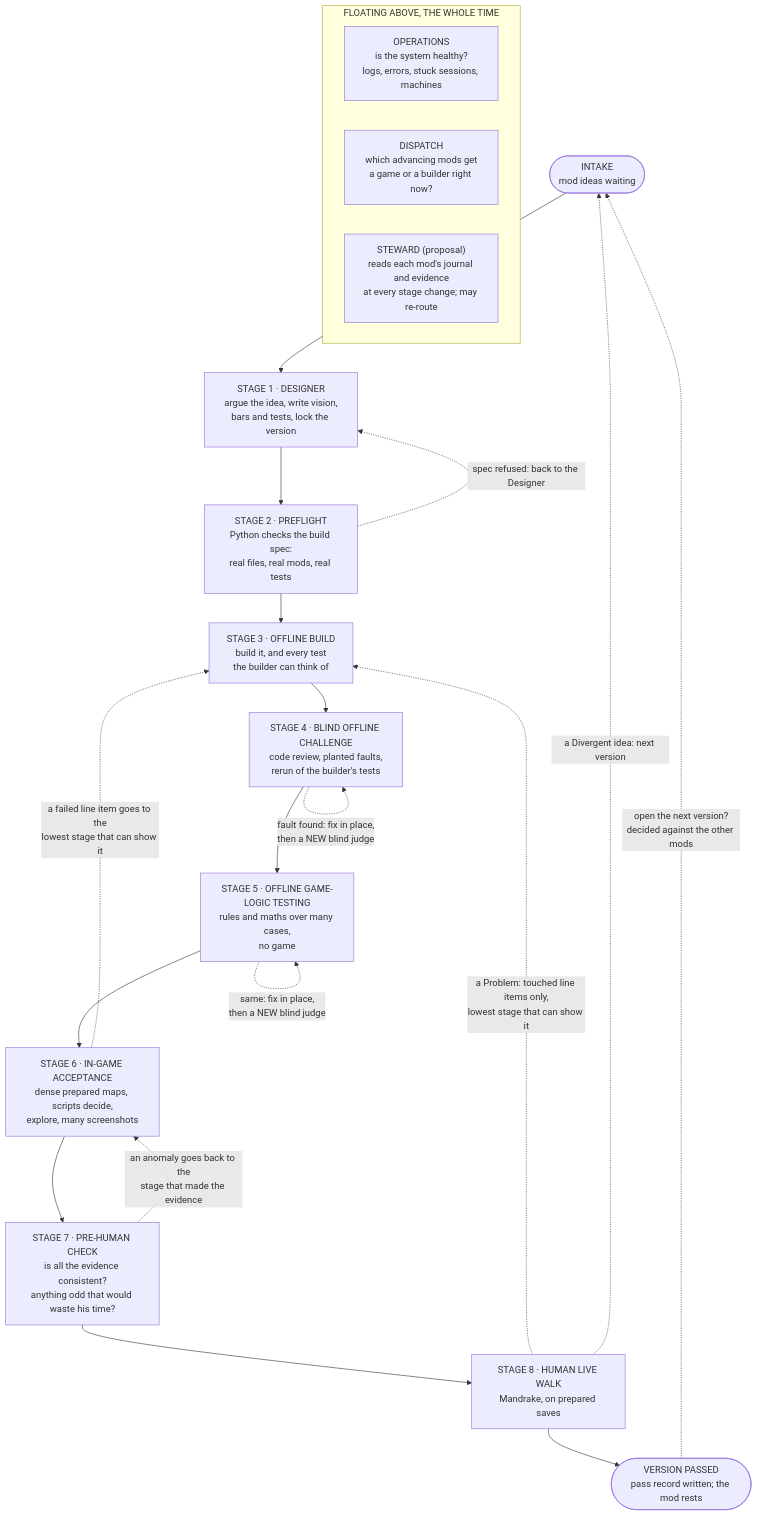
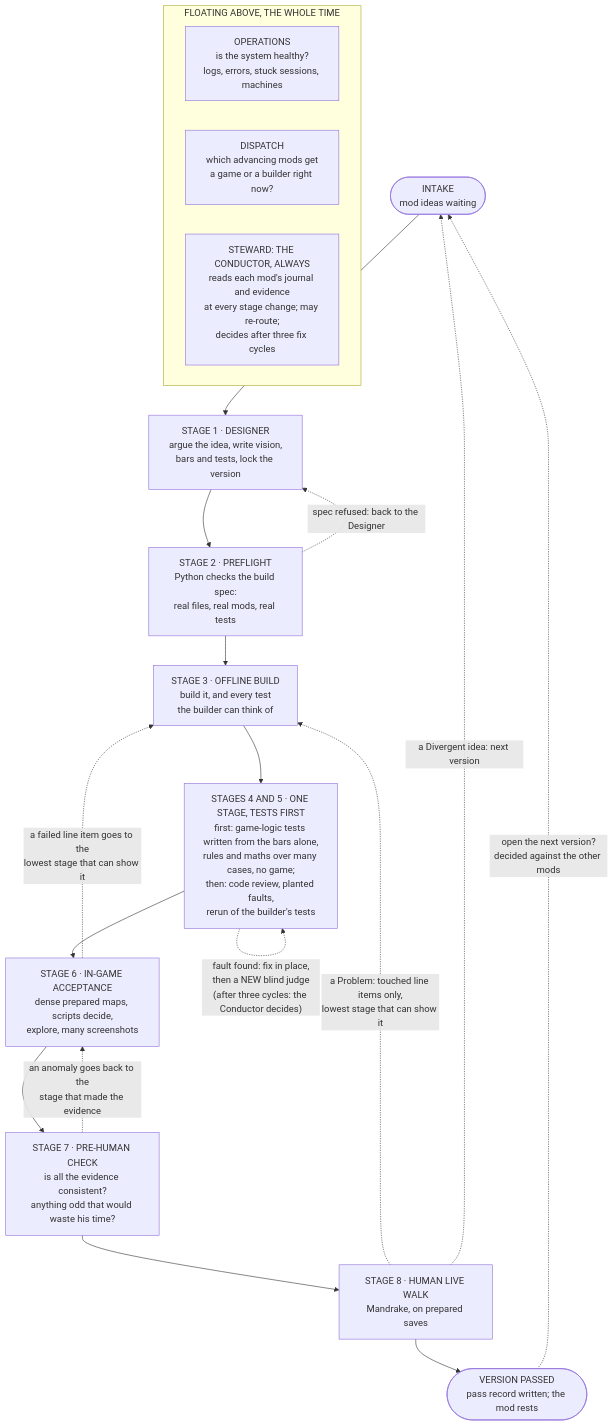
Before and after one commit to Lmandrake/RimMandrake: the diagram in design/specs/2026-11-13-maturation-pipeline.md, drawn with Mermaid. The commit also changed other lines of this file and 15 other files, not shown here.

First line of the commit message:
Maturation Pipeline: his six answers (Q1-6) propagated; Pyrelands one mod, Tribes are 0.2.0; EK version locked

````diff
--- a/design/specs/2026-11-13-maturation-pipeline.md
+++ b/design/specs/2026-11-13-maturation-pipeline.md
@@ -77,32 +77,30 @@
 ```mermaid
 flowchart TD
     subgraph ABOVE["FLOATING ABOVE, THE WHOLE TIME"]
         direction LR
         OPS["OPERATIONS<br/>is the system healthy?<br/>logs, errors, stuck sessions, machines"]
         DIS["DISPATCH<br/>which advancing mods get<br/>a game or a builder right now?"]
-        STW["STEWARD (proposal)<br/>reads each mod's journal and evidence<br/>at every stage change; may re-route"]
+        STW["STEWARD: THE CONDUCTOR, ALWAYS<br/>reads each mod's journal and evidence<br/>at every stage change; may re-route;<br/>decides after three fix cycles"]
     end
 
     IN(["INTAKE<br/>mod ideas waiting"])
     S1["STAGE 1 · DESIGNER<br/>argue the idea, write vision,<br/>bars and tests, lock the version"]
     S2["STAGE 2 · PREFLIGHT<br/>Python checks the build spec:<br/>real files, real mods, real tests"]
     S3["STAGE 3 · OFFLINE BUILD<br/>build it, and every test<br/>the builder can think of"]
-    S4["STAGE 4 · BLIND OFFLINE CHALLENGE<br/>code review, planted faults,<br/>rerun of the builder's tests"]
-    S5["STAGE 5 · OFFLINE GAME-LOGIC TESTING<br/>rules and maths over many cases,<br/>no game"]
+    S4["STAGES 4 AND 5 · ONE STAGE, TESTS FIRST<br/>first: game-logic tests written from the bars alone,<br/>rules and maths over many cases, no game;<br/>then: code review, planted faults,<br/>rerun of the builder's tests"]
     S6["STAGE 6 · IN-GAME ACCEPTANCE<br/>dense prepared maps, scripts decide,<br/>explore, many screenshots"]
     S7["STAGE 7 · PRE-HUMAN CHECK<br/>is all the evidence consistent?<br/>anything odd that would waste his time?"]
     S8["STAGE 8 · HUMAN LIVE WALK<br/>Mandrake, on prepared saves"]
     PASS(["VERSION PASSED<br/>pass record written; the mod rests"])
 
-    IN --> S1 --> S2 --> S3 --> S4 --> S5 --> S6 --> S7 --> S8 --> PASS
+    IN --> S1 --> S2 --> S3 --> S4 --> S6 --> S7 --> S8 --> PASS
 
     S2 -. "spec refused: back to the Designer" .-> S1
-    S4 -. "fault found: fix in place,<br/>then a NEW blind judge" .-> S4
-    S5 -. "same: fix in place,<br/>then a NEW blind judge" .-> S5
+    S4 -. "fault found: fix in place,<br/>then a NEW blind judge<br/>(after three cycles: the Conductor decides)" .-> S4
     S6 -. "a failed line item goes to the<br/>lowest stage that can show it" .-> S3
     S7 -. "an anomaly goes back to the<br/>stage that made the evidence" .-> S6
     S8 -. "a Problem: touched line items only,<br/>lowest stage that can show it" .-> S3
     S8 -. "a Divergent idea: next version" .-> IN
     PASS -. "open the next version?<br/>decided against the other mods" .-> IN
 
 ```
````
